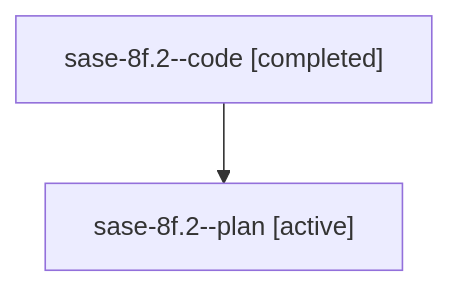
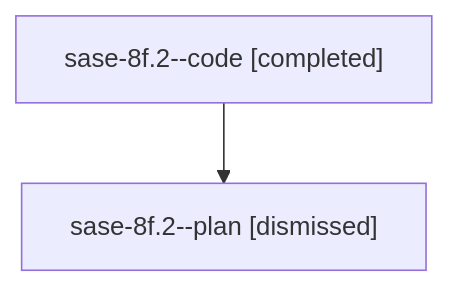
Before and after one commit to sase-org/sase--agents: the diagram in sessions/bbugyi200.athena.sase-8f.2.md, drawn with Mermaid. The commit also changed other lines of this file and 100 other files, not shown here.

````diff
--- a/sessions/bbugyi200.athena.sase-8f.2.md
+++ b/sessions/bbugyi200.athena.sase-8f.2.md
@@ -9,6 +9,6 @@
 ```mermaid
 flowchart TD
   n0["sase-8f.2--code [completed]"]
-  n1["sase-8f.2--plan [active]"]
+  n1["sase-8f.2--plan [dismissed]"]
   n0 --> n1
 ```
````
